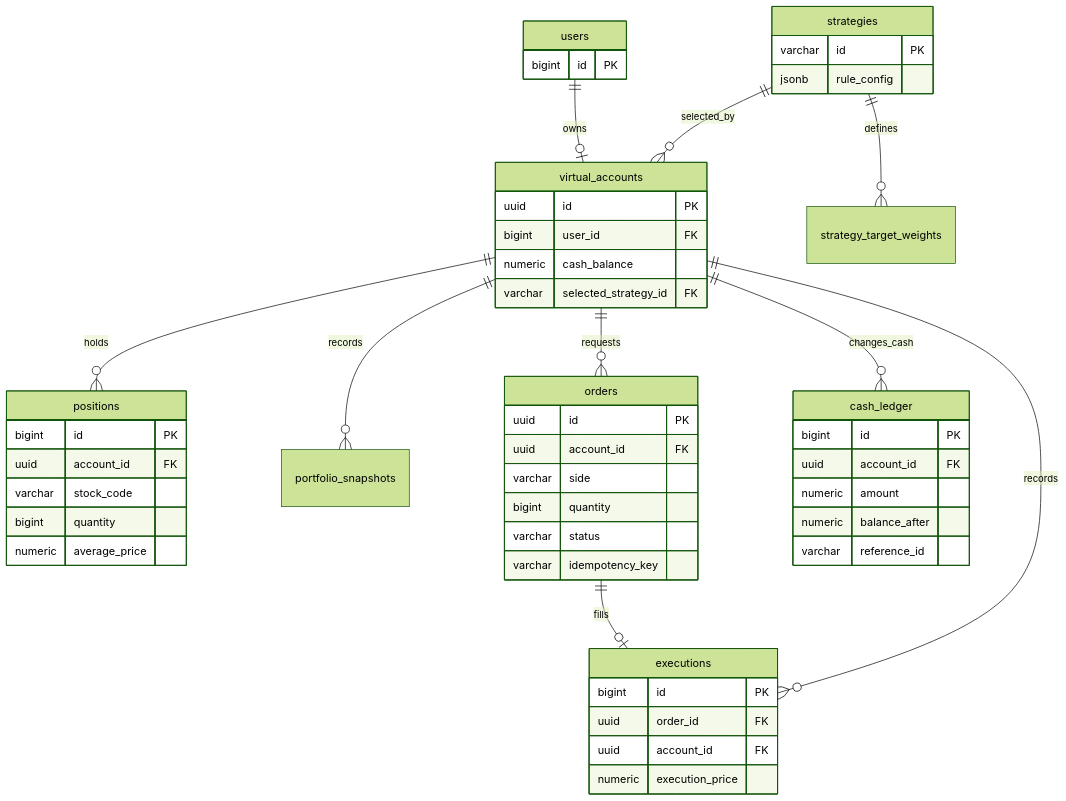
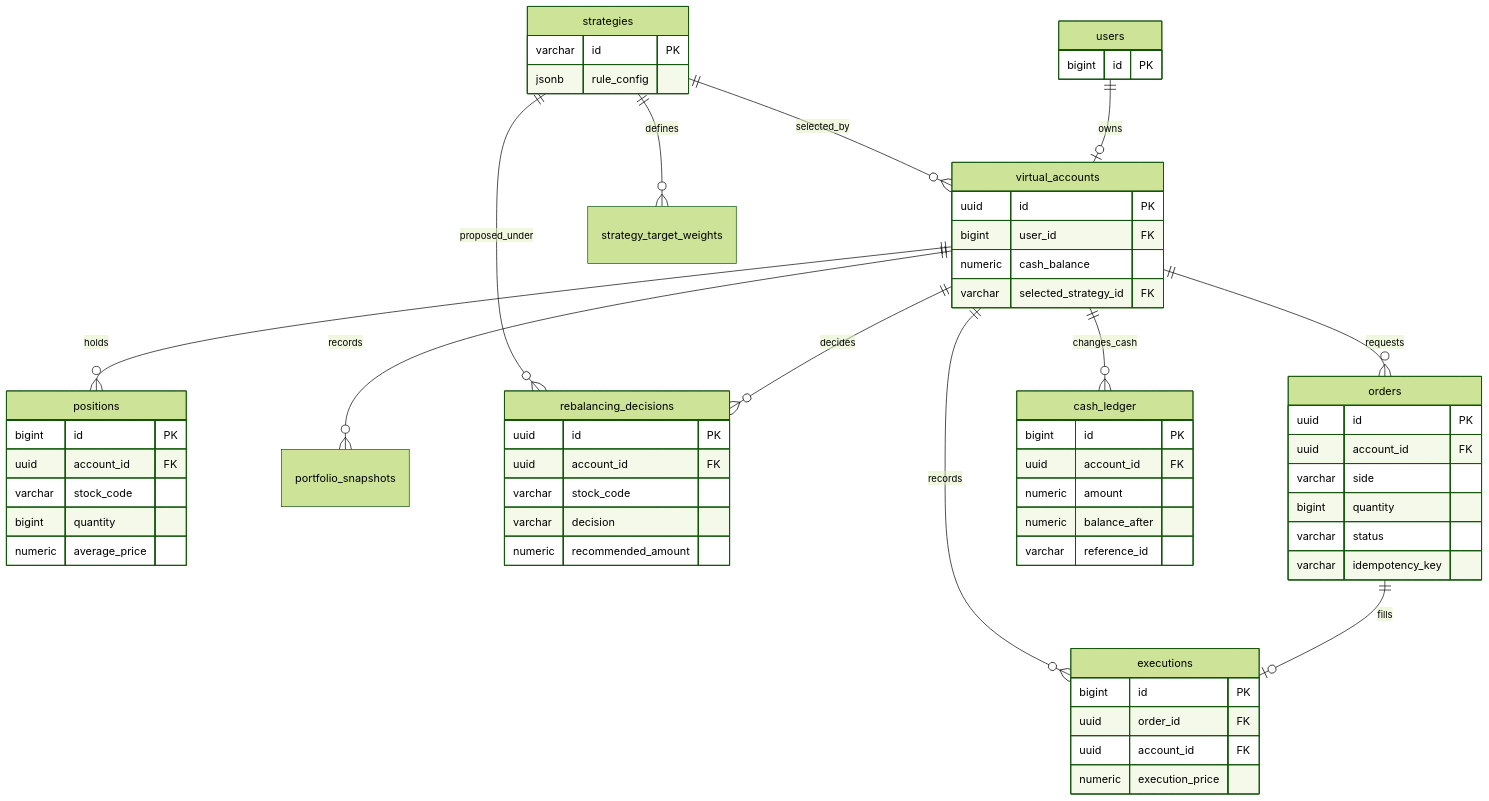
Before and after one commit to SeSAC-3nd-Team1/FEIN-financial-engineering-intelligent-navigation: the diagram in docs/VIRTUAL_TRADING_ERD.md, drawn with Mermaid (forest theme). The commit also changed 29 other files, not shown here.

````diff
--- a/docs/VIRTUAL_TRADING_ERD.md
+++ b/docs/VIRTUAL_TRADING_ERD.md
@@ -3,20 +3,23 @@
 ```mermaid
 erDiagram
   users ||--o| virtual_accounts : owns
   strategies ||--o{ virtual_accounts : selected_by
   virtual_accounts ||--o{ positions : holds
   virtual_accounts ||--o{ portfolio_snapshots : records
+  virtual_accounts ||--o{ rebalancing_decisions : decides
   strategies ||--o{ strategy_target_weights : defines
+  strategies ||--o{ rebalancing_decisions : proposed_under
   virtual_accounts ||--o{ orders : requests
   orders ||--o| executions : fills
   virtual_accounts ||--o{ executions : records
   virtual_accounts ||--o{ cash_ledger : changes_cash
 
   users { bigint id PK }
   strategies { varchar id PK jsonb rule_config }
   virtual_accounts { uuid id PK bigint user_id FK numeric cash_balance varchar selected_strategy_id FK }
   positions { bigint id PK uuid account_id FK varchar stock_code bigint quantity numeric average_price }
+  rebalancing_decisions { uuid id PK uuid account_id FK varchar stock_code varchar decision numeric recommended_amount }
   orders { uuid id PK uuid account_id FK varchar side bigint quantity varchar status varchar idempotency_key }
   executions { bigint id PK uuid order_id FK uuid account_id FK numeric execution_price }
   cash_ledger { bigint id PK uuid account_id FK numeric amount numeric balance_after varchar reference_id }
 ```
````
